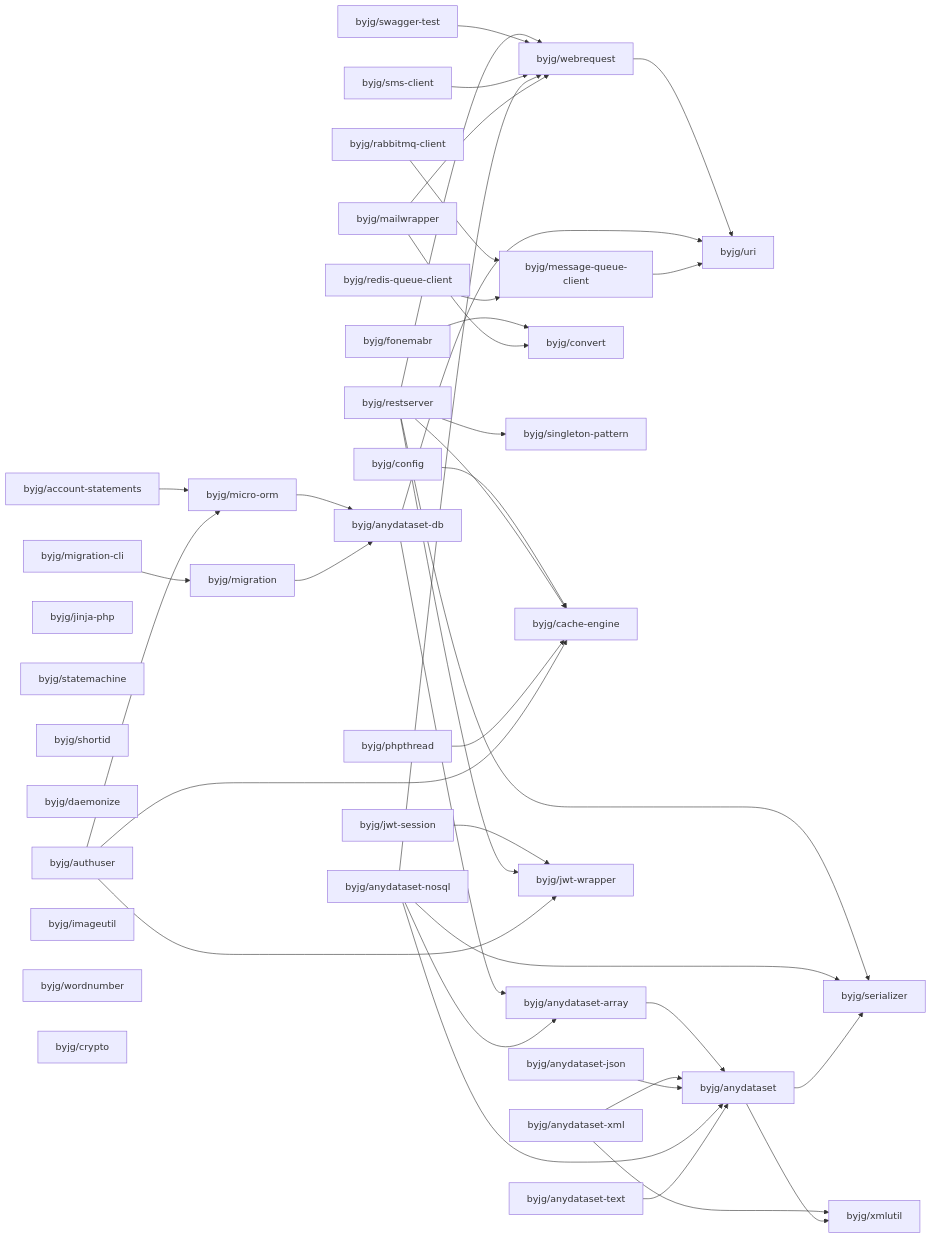
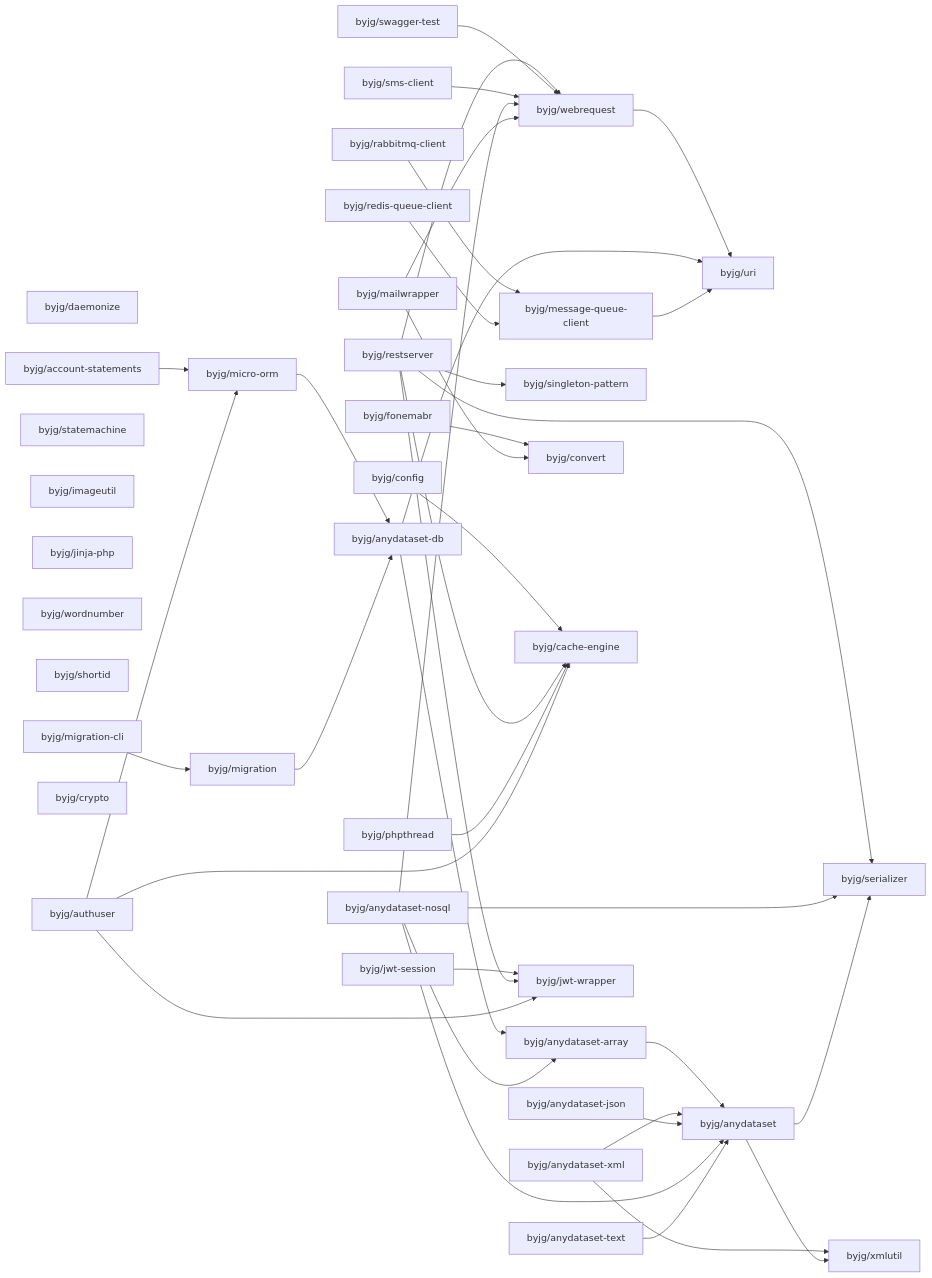
One commit to byjg/byjg.github.io changed the diagram in docs/php/README.md. Above: the diagram before and after it, drawn with Mermaid. The commit also changed other lines of this file, not shown here.

Commit message:
Update documentation 'php' 'php-migration'

````diff
--- a/docs/php/README.md
+++ b/docs/php/README.md
@@ -3,78 +3,78 @@
 ```mermaid
 graph LR;
+  byjg/daemonize;
+  byjg/anydataset-nosql;
+  byjg/authuser;
+  byjg/rabbitmq-client;
+  byjg/config;
+  byjg/mailwrapper;
+  byjg/statemachine;
+  byjg/restserver;
+  byjg/anydataset-text;
+  byjg/imageutil;
+  byjg/jinja-php;
+  byjg/anydataset-xml;
+  byjg/swagger-test;
+  byjg/sms-client;
+  byjg/wordnumber;
+  byjg/fonemabr;
   byjg/phpthread;
+  byjg/redis-queue-client;
+  byjg/shortid;
+  byjg/account-statements;
+  byjg/crypto;
   byjg/jwt-session;
-  byjg/sms-client;
-  byjg/anydataset-nosql;
-  byjg/rabbitmq-client;
-  byjg/authuser;
-  byjg/swagger-test;
+  byjg/migration-cli;
   byjg/anydataset-json;
-  byjg/migration-cli;
-  byjg/anydataset-xml;
-  byjg/mailwrapper;
-  byjg/jinja-php;
-  byjg/statemachine;
-  byjg/shortid;
-  byjg/daemonize;
-  byjg/fonemabr;
-  byjg/account-statements;
-  byjg/anydataset-text;
-  byjg/config;
-  byjg/restserver;
-  byjg/redis-queue-client;
-  byjg/imageutil;
-  byjg/wordnumber;
-  byjg/crypto;
+  byjg/singleton-pattern;
+  byjg/webrequest;
+  byjg/convert;
+  byjg/cache-engine;
+  byjg/message-queue-client;
+  byjg/micro-orm;
+  byjg/jwt-wrapper;
   byjg/migration;
-  byjg/convert;
-  byjg/micro-orm;
-  byjg/singleton-pattern;
-  byjg/cache-engine;
-  byjg/webrequest;
-  byjg/jwt-wrapper;
-  byjg/message-queue-client;
   byjg/anydataset-db;
   byjg/anydataset-array;
   byjg/uri;
   byjg/anydataset;
   byjg/serializer;
   byjg/xmlutil;
   byjg/config --> byjg/cache-engine;
   byjg/jwt-session --> byjg/jwt-wrapper;
   byjg/restserver --> byjg/serializer;
   byjg/restserver --> byjg/singleton-pattern;
   byjg/restserver --> byjg/cache-engine;
   byjg/restserver --> byjg/webrequest;
   byjg/restserver --> byjg/jwt-wrapper;
   byjg/micro-orm --> byjg/anydataset-db;
   byjg/swagger-test --> byjg/webrequest;
   byjg/anydataset-array --> byjg/anydataset;
   byjg/sms-client --> byjg/webrequest;
   byjg/anydataset-xml --> byjg/anydataset;
   byjg/anydataset-xml --> byjg/xmlutil;
   byjg/account-statements --> byjg/micro-orm;
   byjg/migration-cli --> byjg/migration;
   byjg/webrequest --> byjg/uri;
   byjg/anydataset-json --> byjg/anydataset;
   byjg/anydataset-db --> byjg/anydataset-array;
   byjg/anydataset-db --> byjg/uri;
   byjg/phpthread --> byjg/cache-engine;
   byjg/fonemabr --> byjg/convert;
   byjg/anydataset-nosql --> byjg/anydataset;
   byjg/anydataset-nosql --> byjg/anydataset-array;
   byjg/anydataset-nosql --> byjg/serializer;
   byjg/anydataset-nosql --> byjg/webrequest;
   byjg/anydataset --> byjg/serializer;
   byjg/anydataset --> byjg/xmlutil;
   byjg/message-queue-client --> byjg/uri;
   byjg/rabbitmq-client --> byjg/message-queue-client;
   byjg/mailwrapper --> byjg/convert;
   byjg/mailwrapper --> byjg/webrequest;
   byjg/migration --> byjg/anydataset-db;
   byjg/anydataset-text --> byjg/anydataset;
   byjg/authuser --> byjg/micro-orm;
   byjg/authuser --> byjg/cache-engine;
   byjg/authuser --> byjg/jwt-wrapper;
   byjg/redis-queue-client --> byjg/message-queue-client;
 ```
````
